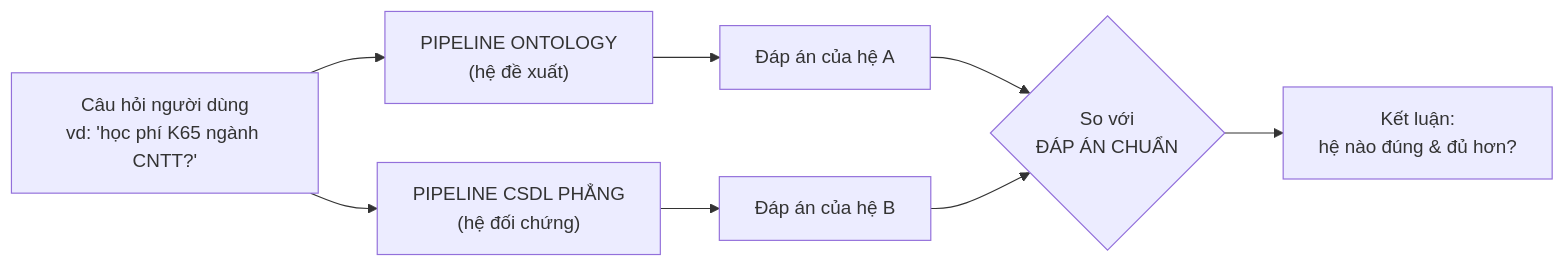
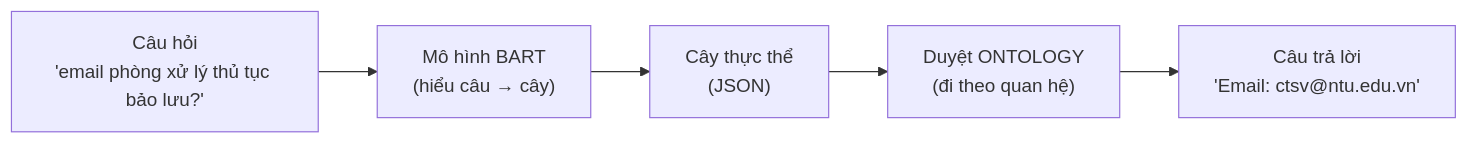
One commit to vpthinh19/ontology-chatbot changed the first of 10 diagrams in docs/CONCEPT.md. Above: the diagram before and after it, drawn with Mermaid. The commit also changed other lines of this file, not shown here.

````diff
--- a/docs/CONCEPT.md
+++ b/docs/CONCEPT.md
@@ -40,11 +40,7 @@
 ```mermaid
 flowchart LR
-    Q["Câu hỏi người dùng<br/>vd: 'học phí K65 ngành CNTT?'"]
-    Q --> O["PIPELINE ONTOLOGY<br/>(hệ đề xuất)"]
-    Q --> F["PIPELINE CSDL PHẲNG<br/>(hệ đối chứng)"]
-    O --> OA["Đáp án của hệ A"]
-    F --> FA["Đáp án của hệ B"]
-    OA --> CMP{"So với<br/>ĐÁP ÁN CHUẨN"}
-    FA --> CMP
-    CMP --> R["Kết luận:<br/>hệ nào đúng &amp; đủ hơn?"]
+    Q["Câu hỏi<br/>'email phòng xử lý thủ tục bảo lưu?'"] --> M["Mô hình BART<br/>(hiểu câu → cây)"]
+    M --> T["Cây thực thể<br/>(JSON)"]
+    T --> O["Duyệt ONTOLOGY<br/>(đi theo quan hệ)"]
+    O --> A["Câu trả lời<br/>'Email: ctsv@ntu.edu.vn'"]
 ```
````
